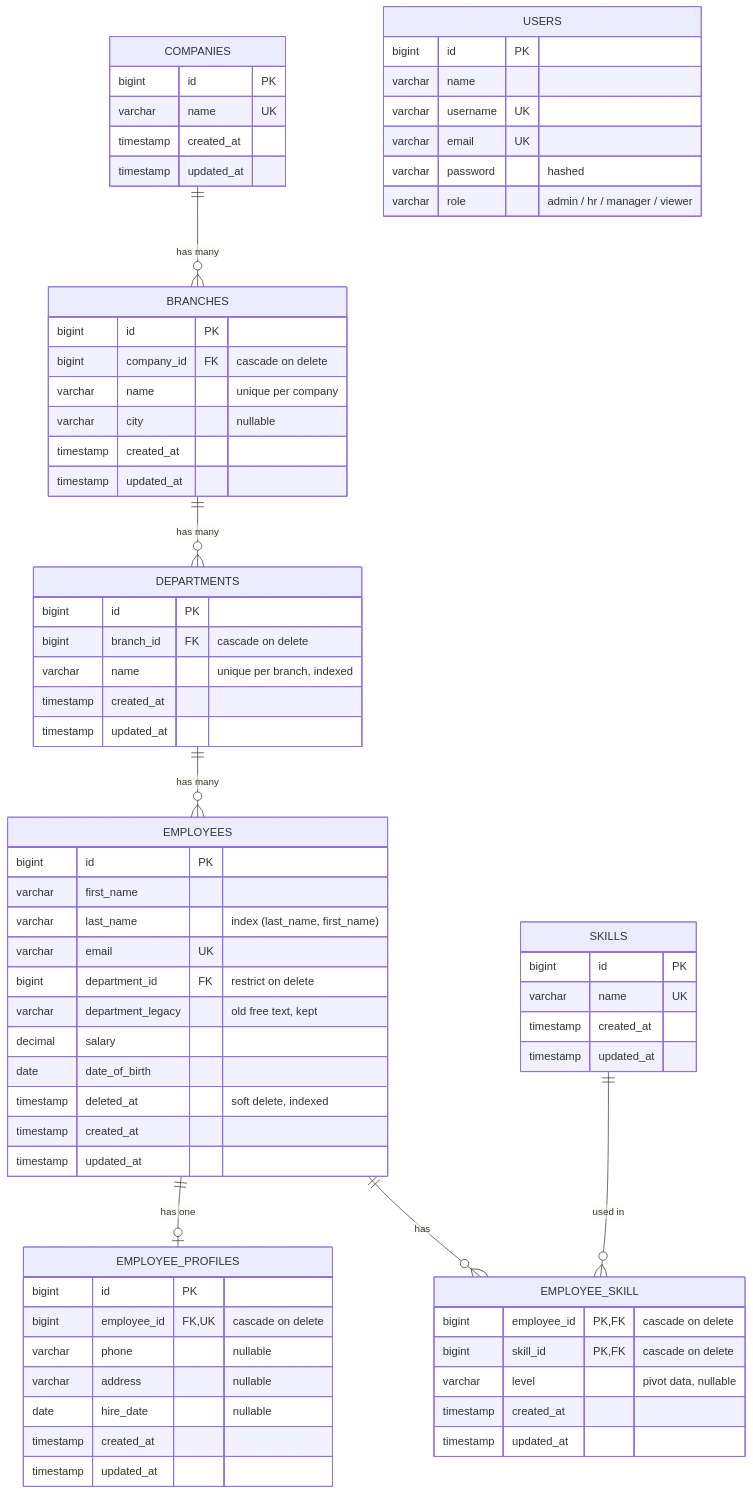
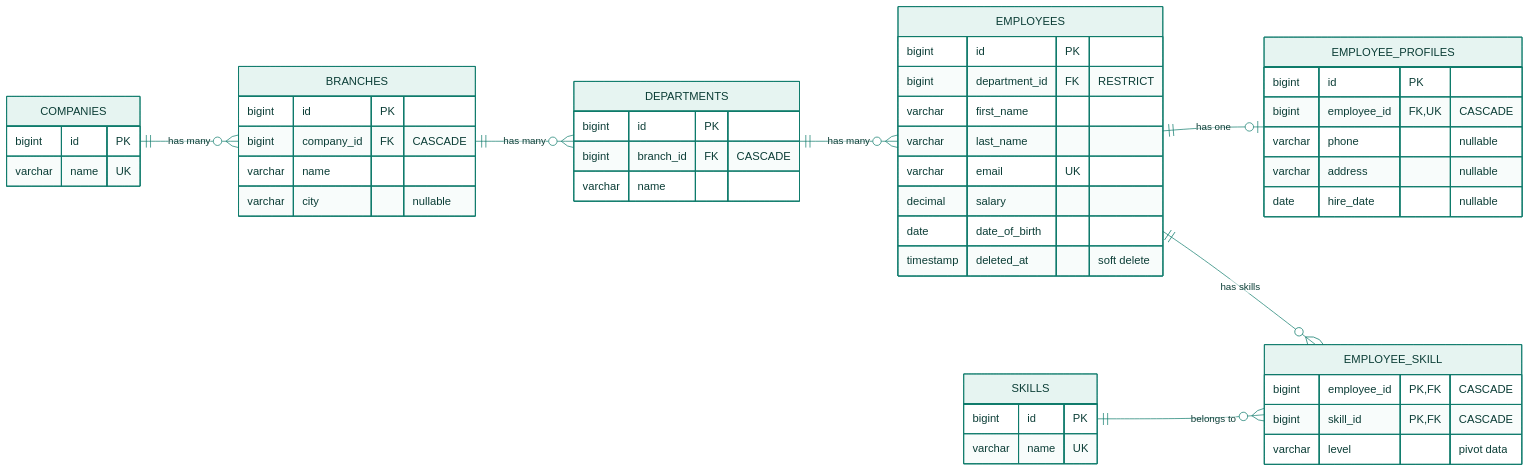
One commit to HadiDandash02/Employee-managment- changed the diagram in docs/er-diagram.md. Above: the diagram before and after it, drawn with Mermaid. The commit also changed other lines of this file and 2 other files, not shown here.

Commit message:
Improve the ER diagram: readable left-to-right layout and SVG image
Redraw the Mermaid ER diagram left to right in the app's teal colours,
show only the important columns with the CASCADE / RESTRICT rule on each
foreign key, and add a symbol legend. Also export it as er-diagram.svg so
it shows in VS Code's Markdown preview, not only on GitHub.

````diff
--- a/docs/er-diagram.md
+++ b/docs/er-diagram.md
@@ -7,74 +11,53 @@
 ```mermaid
+%%{init: {"theme": "base", "themeVariables": {"primaryColor": "#e6f4f1", "primaryBorderColor": "#0f7b6c", "primaryTextColor": "#0b3d36", "lineColor": "#0f7b6c", "tertiaryColor": "#ffffff"}}}%%
 erDiagram
+    direction LR
     COMPANIES ||--o{ BRANCHES : "has many"
     BRANCHES ||--o{ DEPARTMENTS : "has many"
     DEPARTMENTS ||--o{ EMPLOYEES : "has many"
     EMPLOYEES ||--o| EMPLOYEE_PROFILES : "has one"
-    EMPLOYEES ||--o{ EMPLOYEE_SKILL : "has"
-    SKILLS ||--o{ EMPLOYEE_SKILL : "used in"
+    EMPLOYEES ||--o{ EMPLOYEE_SKILL : "has skills"
+    SKILLS ||--o{ EMPLOYEE_SKILL : "belongs to"
 
     COMPANIES {
         bigint id PK
         varchar name UK
-        timestamp created_at
-        timestamp updated_at
     }
     BRANCHES {
         bigint id PK
-        bigint company_id FK "cascade on delete"
-        varchar name "unique per company"
+        bigint company_id FK "CASCADE"
+        varchar name
         varchar city "nullable"
-        timestamp created_at
-        timestamp updated_at
     }
     DEPARTMENTS {
         bigint id PK
-        bigint branch_id FK "cascade on delete"
-        varchar name "unique per branch, indexed"
-        timestamp created_at
-        timestamp updated_at
+        bigint branch_id FK "CASCADE"
+        varchar name
     }
     EMPLOYEES {
         bigint id PK
+        bigint department_id FK "RESTRICT"
         varchar first_name
-        varchar last_name "index (last_name, first_name)"
+        varchar last_name
         varchar email UK
-        bigint department_id FK "restrict on delete"
-        varchar department_legacy "old free text, kept"
         decimal salary
         date date_of_birth
-        timestamp deleted_at "soft delete, indexed"
-        timestamp created_at
-        timestamp updated_at
+        timestamp deleted_at "soft delete"
     }
     EMPLOYEE_PROFILES {
         bigint id PK
-        bigint employee_id FK,UK "cascade on delete"
+        bigint employee_id FK, UK "CASCADE"
         varchar phone "nullable"
         varchar address "nullable"
         date hire_date "nullable"
-        timestamp created_at
-        timestamp updated_at
+    }
+    EMPLOYEE_SKILL {
+        bigint employee_id PK, FK "CASCADE"
+        bigint skill_id PK, FK "CASCADE"
+        varchar level "pivot data"
     }
     SKILLS {
         bigint id PK
         varchar name UK
-        timestamp created_at
-        timestamp updated_at
-    }
-    EMPLOYEE_SKILL {
-        bigint employee_id PK,FK "cascade on delete"
-        bigint skill_id PK,FK "cascade on delete"
-        varchar level "pivot data, nullable"
-        timestamp created_at
-        timestamp updated_at
-    }
-    USERS {
-        bigint id PK
-        varchar name
-        varchar username UK
-        varchar email UK
-        varchar password "hashed"
-        varchar role "admin / hr / manager / viewer"
     }
 ```
````
